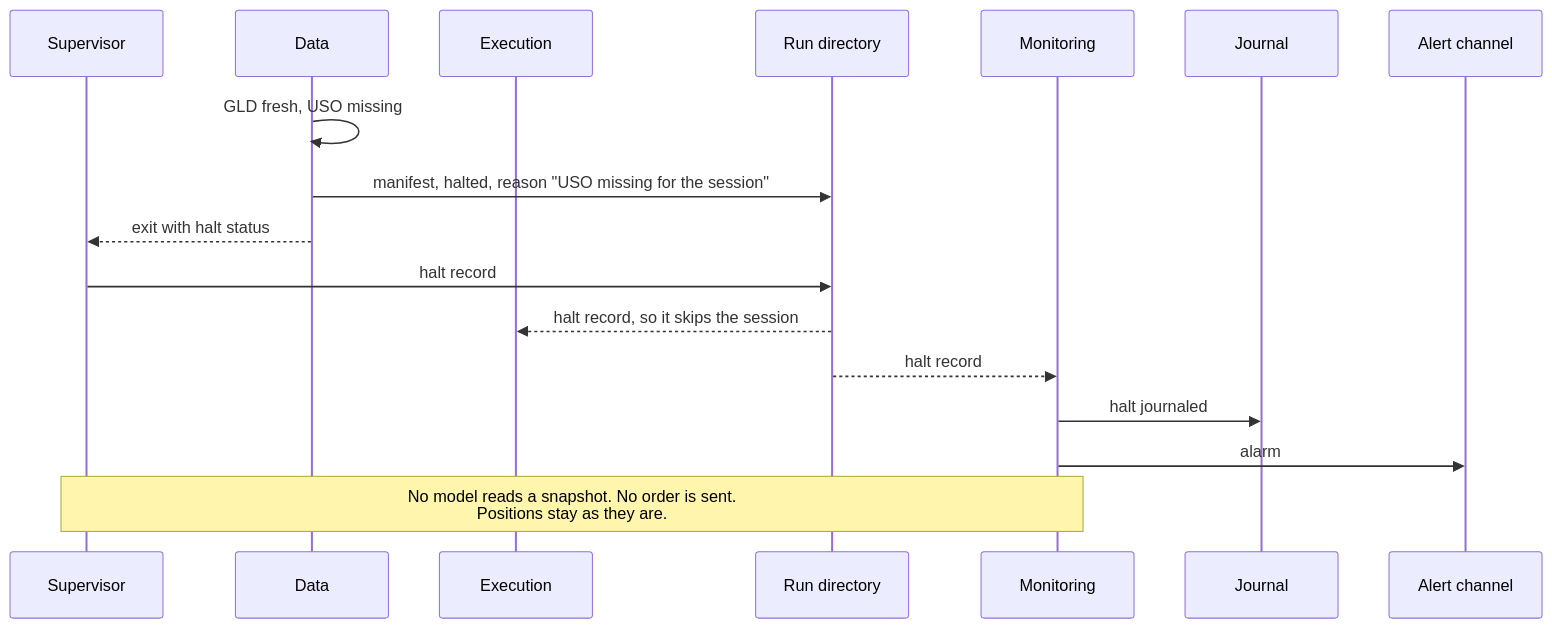
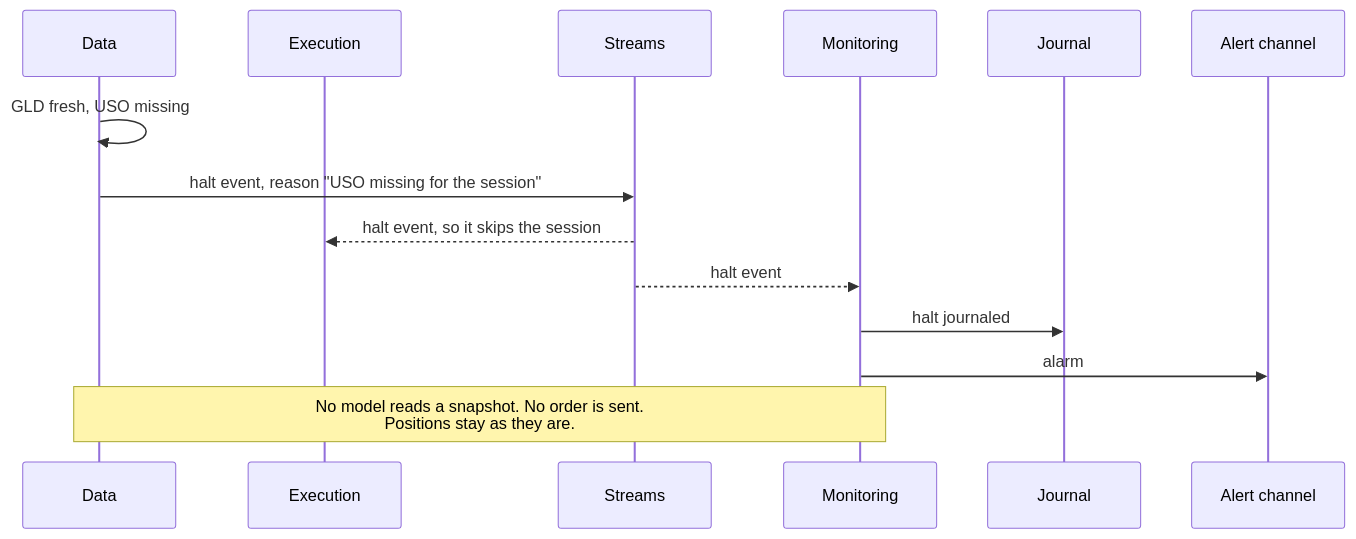
Before and after one commit to l3a0/ithildin-runtime: the fifth of 16 diagrams in docs/architecture.md, drawn with Mermaid. The commit also changed other lines of this file and 2 other files, not shown here.

First line of the commit message:
docs(design): make the platform an event pipeline

````diff
--- a/docs/architecture.md
+++ b/docs/architecture.md
@@ -574,20 +587,17 @@
 ```mermaid
 sequenceDiagram
-    participant V as Supervisor
     participant D as Data
     participant X as Execution
-    participant F as Run directory
+    participant F as Streams
     participant M as Monitoring
     participant J as Journal
     participant L as Alert channel
 
     D->>D: GLD fresh, USO missing
-    D->>F: manifest, halted, reason "USO missing for the session"
-    D-->>V: exit with halt status
-    V->>F: halt record
-    F-->>X: halt record, so it skips the session
-    F-->>M: halt record
+    D->>F: halt event, reason "USO missing for the session"
+    F-->>X: halt event, so it skips the session
+    F-->>M: halt event
     M->>J: halt journaled
     M->>L: alarm
-    Note over V,M: No model reads a snapshot. No order is sent.<br/>Positions stay as they are.
+    Note over D,M: No model reads a snapshot. No order is sent.<br/>Positions stay as they are.
 ```
````
